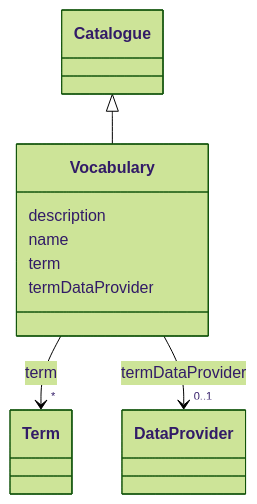
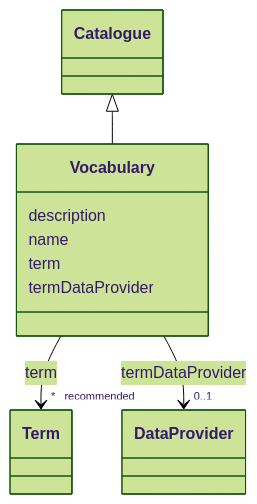
Before and after one commit to EVORA-project/evora-ontology: the diagram in models/docs/Vocabulary.md, drawn with Mermaid (forest theme). The commit also changed other lines of this file and 1187 other files, not shown here.

````diff
--- a/models/docs/Vocabulary.md
+++ b/models/docs/Vocabulary.md
@@ -19,31 +19,31 @@
 ```mermaid
  classDiagram
     class Vocabulary
     click Vocabulary href "../Vocabulary"
       Catalogue <|-- Vocabulary
         click Catalogue href "../Catalogue"
       
       Vocabulary : description
         
       Vocabulary : name
         
       Vocabulary : term
         
           
     
     
-    Vocabulary --> "*" Term : term
+    Vocabulary --> "* _recommended_" Term : term
     click Term href "../Term"
 
         
       Vocabulary : termDataProvider
         
           
     
     
     Vocabulary --> "0..1" DataProvider : termDataProvider
     click DataProvider href "../DataProvider"
 
         
       
 ```
````
